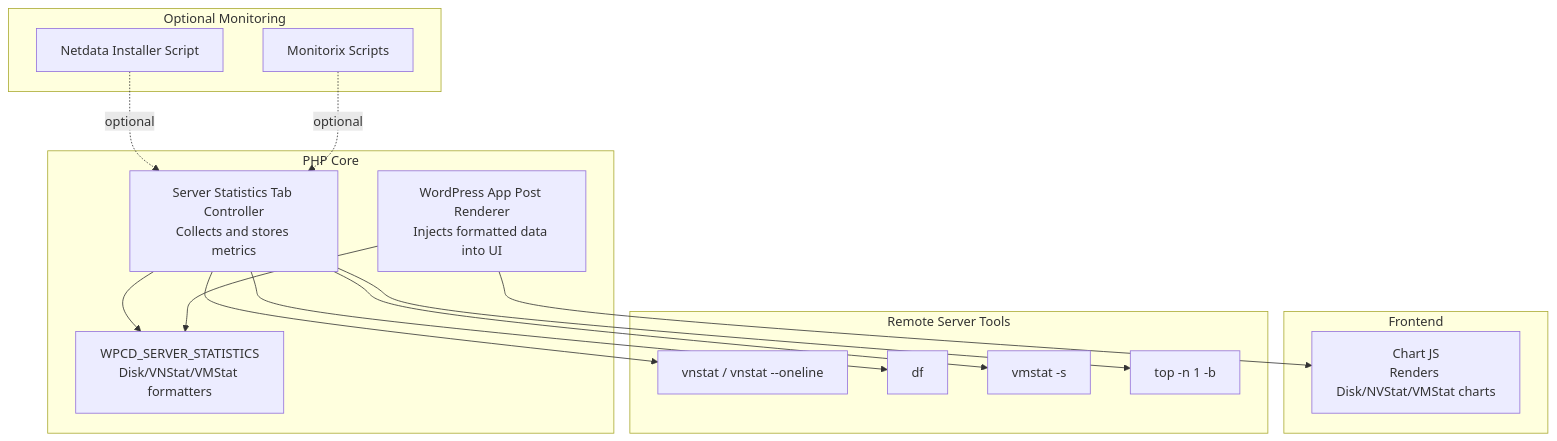
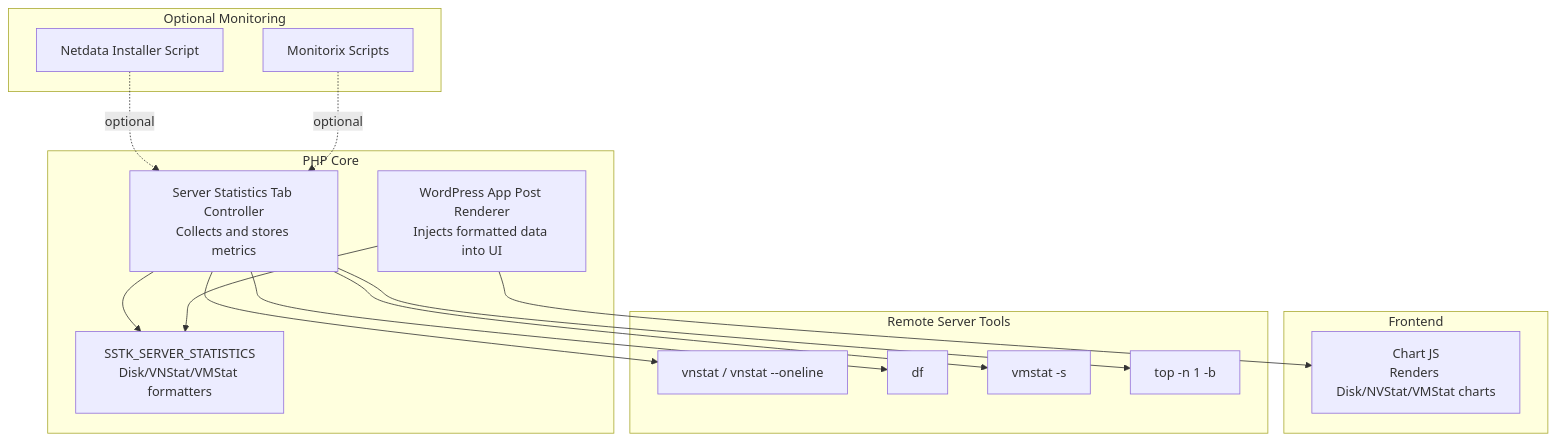
Before and after one commit to onedogsolutions/simple-stack: the first of 7 diagrams in .qoder/repowiki/en/content/Logging & Monitoring/System Monitoring & Metrics/Server Performance Metrics.md, drawn with Mermaid. The commit also changed other lines of this file and 5941 other files, not shown here.

````diff
--- a/.qoder/repowiki/en/content/Logging & Monitoring/System Monitoring & Metrics/Server Performance Metrics.md
+++ b/.qoder/repowiki/en/content/Logging & Monitoring/System Monitoring & Metrics/Server Performance Metrics.md
@@ -41,30 +41,30 @@
 ```mermaid
 graph TB
 subgraph "PHP Core"
-A["WPCD_SERVER_STATISTICS<br/>Disk/VNStat/VMStat formatters"]
+A["SSTK_SERVER_STATISTICS<br/>Disk/VNStat/VMStat formatters"]
 B["Server Statistics Tab Controller<br/>Collects and stores metrics"]
 C["WordPress App Post Renderer<br/>Injects formatted data into UI"]
 end
 subgraph "Frontend"
 D["Chart JS<br/>Renders Disk/NVStat/VMStat charts"]
 end
 subgraph "Remote Server Tools"
 E["vnstat / vnstat --oneline"]
 F["df"]
 G["vmstat -s"]
 H["top -n 1 -b"]
 end
 subgraph "Optional Monitoring"
 I["Netdata Installer Script"]
 J["Monitorix Scripts"]
 end
 B --> E
 B --> F
 B --> G
 B --> H
 B --> A
 C --> A
 C --> D
 I -.->|"optional"| B
 J -.->|"optional"| B
 ```
````
